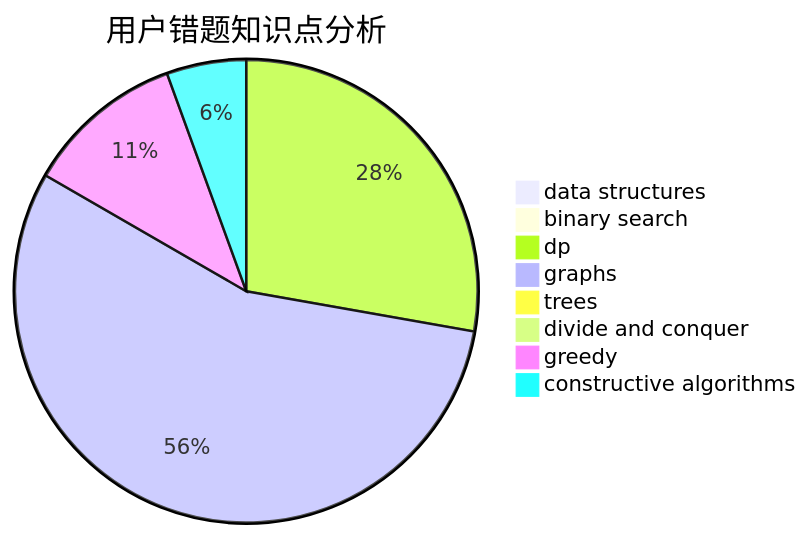
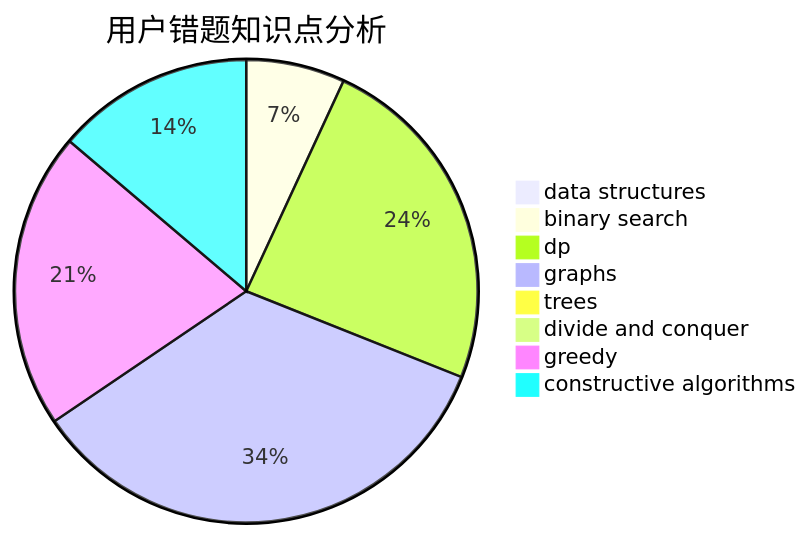
The third of 3 diagrams in docs/user/u362.md (sherpahu/cfrs.github.io), drawn with Mermaid before and after one commit. The commit also changed other lines of this file and 2770 other files, not shown here.

````diff
--- a/docs/user/u362.md
+++ b/docs/user/u362.md
@@ -36,11 +36,11 @@
 ```mermaid
 pie title 用户错题知识点分析
     "data structures" :  0
-    "binary search" :  0
-    "dp" :  5
+    "binary search" :  2
+    "dp" :  7
     "graphs" :  10
     "trees" :  0
     "divide and conquer" :  0
-    "greedy" :  2
-    "constructive algorithms" :  1
+    "greedy" :  6
+    "constructive algorithms" :  4
 ```
````
